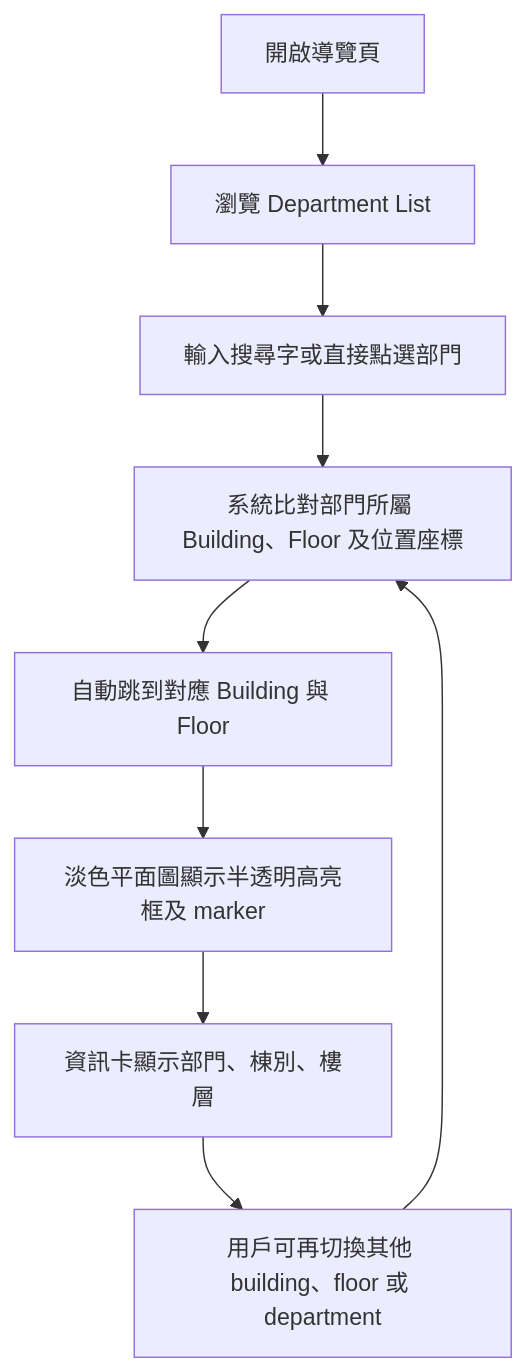
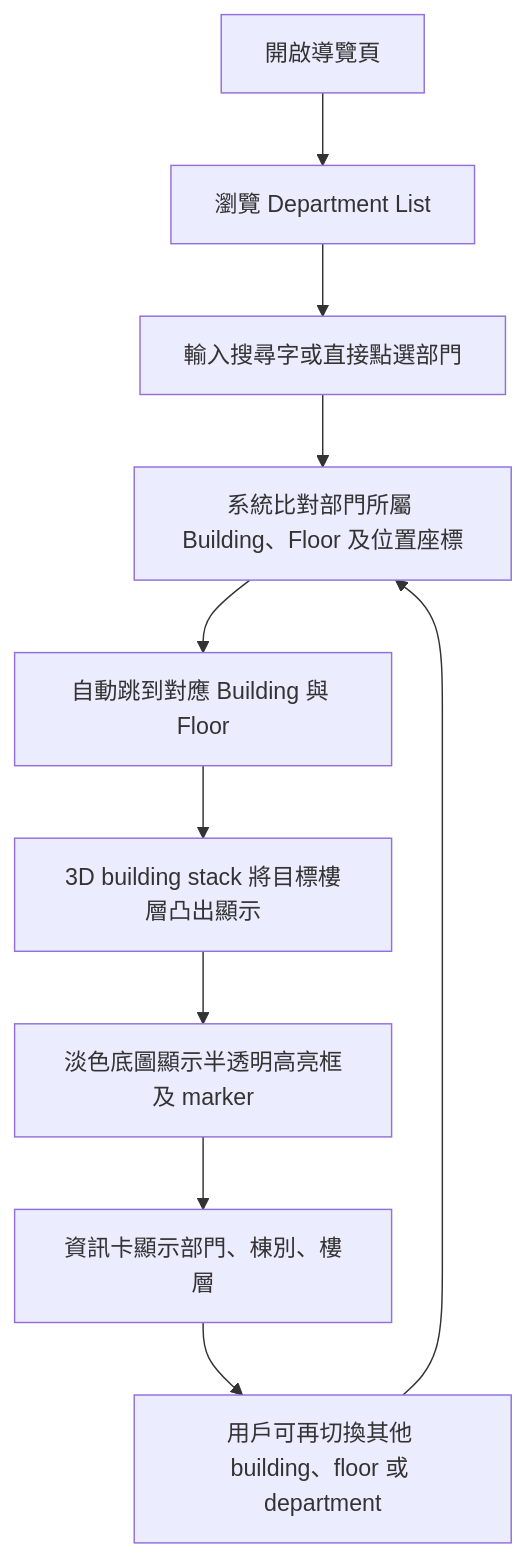
Before and after one commit to wilsonlcf1216-lab/clickonme: the diagram in .trae/documents/prd.md, drawn with Mermaid. The commit also changed other lines of this file and 5 other files, not shown here.

````diff
--- a/.trae/documents/prd.md
+++ b/.trae/documents/prd.md
@@ -33,11 +33,12 @@
 ```mermaid
 flowchart TD
     A["開啟導覽頁"] --> B["瀏覽 Department List"]
     B --> C["輸入搜尋字或直接點選部門"]
     C --> D["系統比對部門所屬 Building、Floor 及位置座標"]
     D --> E["自動跳到對應 Building 與 Floor"]
-    E --> F["淡色平面圖顯示半透明高亮框及 marker"]
-    F --> G["資訊卡顯示部門、棟別、樓層"]
-    G --> H["用戶可再切換其他 building、floor 或 department"]
-    H --> D
+    E --> F["3D building stack 將目標樓層凸出顯示"]
+    F --> G["淡色底圖顯示半透明高亮框及 marker"]
+    G --> H["資訊卡顯示部門、棟別、樓層"]
+    H --> I["用戶可再切換其他 building、floor 或 department"]
+    I --> D
 ```
````
